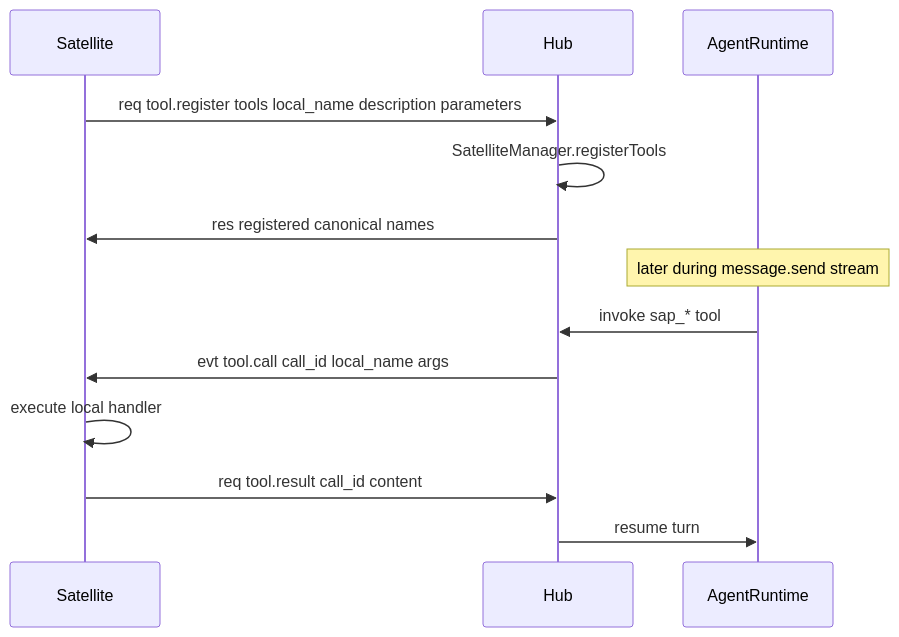
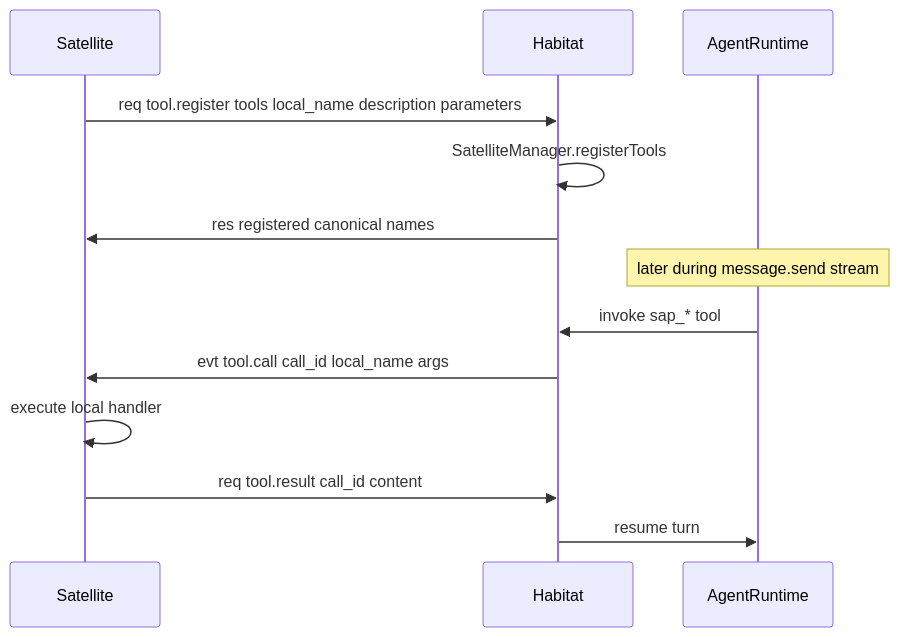
One commit to freeanima-org/freeanima changed the first of 2 diagrams in docs/sap/tools.md. Above: the diagram before and after it, drawn with Mermaid. The commit also changed other lines of this file and 933 other files, not shown here.

````diff
--- a/docs/sap/tools.md
+++ b/docs/sap/tools.md
@@ -42,16 +42,16 @@
 ```mermaid
 sequenceDiagram
   participant Sat as Satellite
-  participant Hub as Hub
+  participant Habitat as Habitat
   participant Agent as AgentRuntime
 
-  Sat->>Hub: req tool.register tools local_name description parameters
-  Hub->>Hub: SatelliteManager.registerTools
-  Hub->>Sat: res registered canonical names
+  Sat->>Habitat: req tool.register tools local_name description parameters
+  Habitat->>Habitat: SatelliteManager.registerTools
+  Habitat->>Sat: res registered canonical names
   Note over Agent: later during message.send stream
-  Agent->>Hub: invoke sap_* tool
-  Hub->>Sat: evt tool.call call_id local_name args
+  Agent->>Habitat: invoke sap_* tool
+  Habitat->>Sat: evt tool.call call_id local_name args
   Sat->>Sat: execute local handler
-  Sat->>Hub: req tool.result call_id content
-  Hub->>Agent: resume turn
+  Sat->>Habitat: req tool.result call_id content
+  Habitat->>Agent: resume turn
 ```
````
